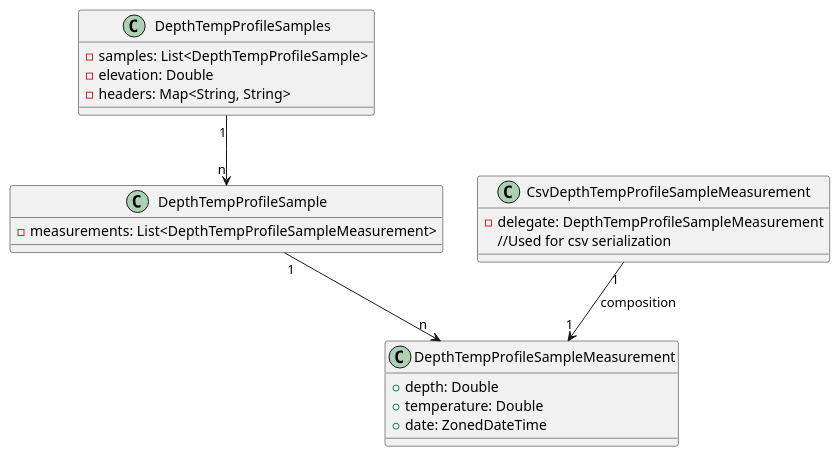
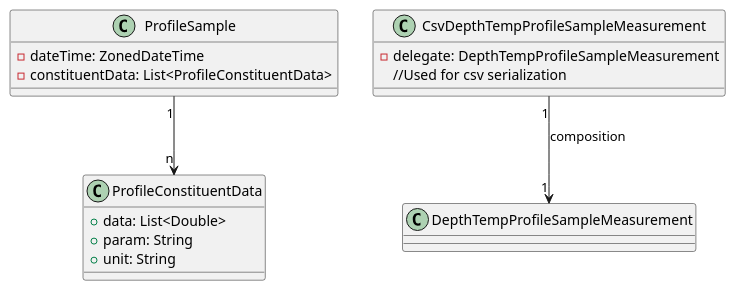
One commit to fnufferrodriguez/Merlin-to-HEC changed the diagram in docs/WQ Profile.puml. Above: the diagram before and after it, drawn with PlantUML. The commit also changed 18 other files, not shown here.

Commit message:
Updated to add in algorithms for splitting into profile samples, and also removed first/last if time window cuts off data.

```diff
--- a/docs/WQ Profile.puml
+++ b/docs/WQ Profile.puml
@@ -1,28 +1,22 @@
 @startuml
 
-class DepthTempProfileSamples {
-    - samples: List<DepthTempProfileSample>
-    - elevation: Double
-    - headers: Map<String, String>
+class ProfileSample {
+    - dateTime: ZonedDateTime
+    - constituentData: List<ProfileConstituentData>
 }
 
-class DepthTempProfileSample {
-    - measurements: List<DepthTempProfileSampleMeasurement>
-}
-
-class DepthTempProfileSampleMeasurement {
-    + depth: Double
-    + temperature: Double
-    + date: ZonedDateTime
+class ProfileConstituentData {
+    + data: List<Double>
+    + param: String
+    + unit: String
 }
 
 class CsvDepthTempProfileSampleMeasurement {
     - delegate: DepthTempProfileSampleMeasurement
     //Used for csv serialization
 }
 
-DepthTempProfileSamples "1" --> "n"DepthTempProfileSample
-DepthTempProfileSample"1" --> "n"DepthTempProfileSampleMeasurement
+ProfileSample"1" --> "n"ProfileConstituentData
 CsvDepthTempProfileSampleMeasurement "1"--> "1" DepthTempProfileSampleMeasurement : composition
 
 @enduml
```
